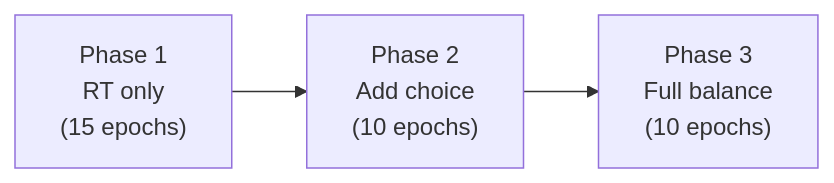
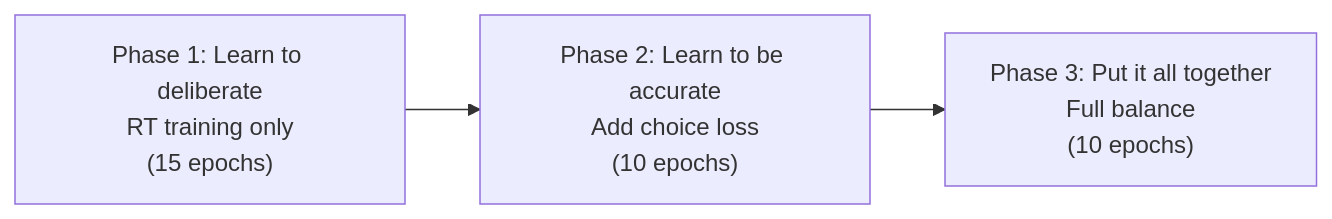
The fourth of 4 diagrams in docs/THEORY_AND_CONCEPTS.md (ermanakar/animaltasksim), drawn with Mermaid before and after one commit. The commit also changed other lines of this file and 7 other files, not shown here.

````diff
--- a/docs/THEORY_AND_CONCEPTS.md
+++ b/docs/THEORY_AND_CONCEPTS.md
@@ -212,5 +262,5 @@
 ```mermaid
 flowchart LR
-    A["Phase 1\nRT only\n(15 epochs)"] --> B["Phase 2\nAdd choice\n(10 epochs)"]
-    B --> C["Phase 3\nFull balance\n(10 epochs)"]
+    A["Phase 1: Learn to deliberate\nRT training only\n(15 epochs)"] --> B["Phase 2: Learn to be accurate\nAdd choice loss\n(10 epochs)"]
+    B --> C["Phase 3: Put it all together\nFull balance\n(10 epochs)"]
 ```
````
